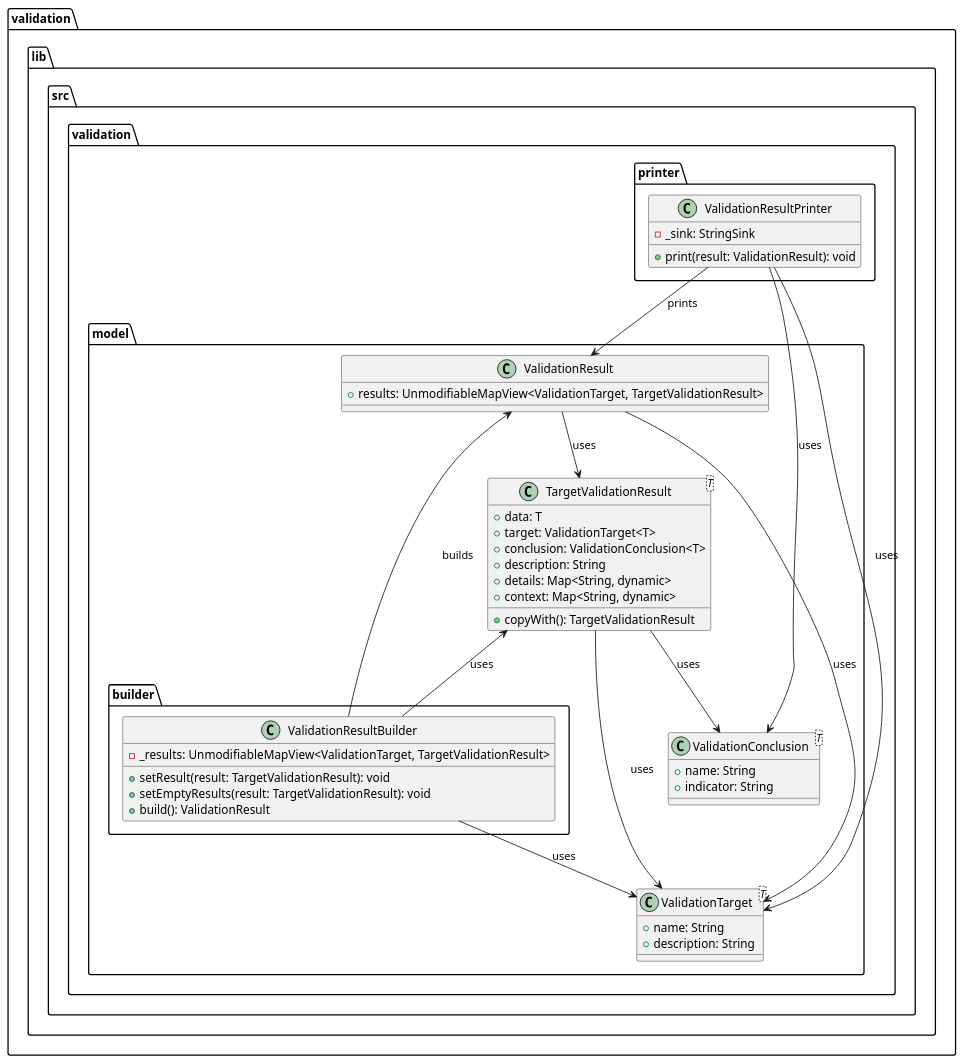
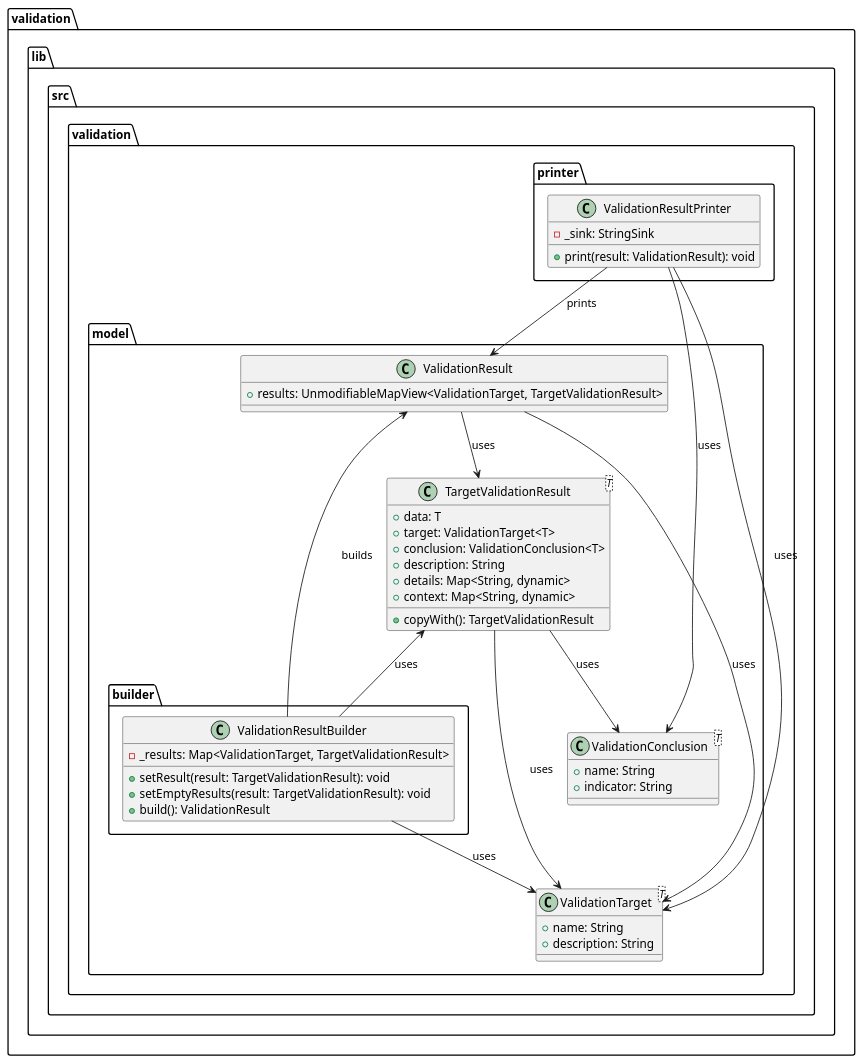
The diagram in metrics/cli/docs/features/doctor_output_improvements/diagrams/validation_class_diagram.puml (Flank/flank-dashboard), drawn with PlantUML before and after one commit. The commit also changed 2 other files, not shown here.

Commit message:
Fix validation result builder

```diff
--- a/metrics/cli/docs/features/doctor_output_improvements/diagrams/validation_class_diagram.puml
+++ b/metrics/cli/docs/features/doctor_output_improvements/diagrams/validation_class_diagram.puml
@@ -1,64 +1,64 @@
 @startuml validation_output_class_diagram
 
 package validation.lib.src.validation {
     package model {
         package builder {
             class ValidationResultBuilder {
-                - _results: UnmodifiableMapView<ValidationTarget, TargetValidationResult>
+                - _results: Map<ValidationTarget, TargetValidationResult>
 
                 + setResult(result: TargetValidationResult): void
                 + setEmptyResults(result: TargetValidationResult): void
                 + build(): ValidationResult
             }
         }
 
         class ValidationTarget<T> {
             + name: String
             + description: String
         }
 
         class ValidationConclusion<T> {
             + name: String
             + indicator: String
         }
 
         class TargetValidationResult<T> {
             + data: T
             + target: ValidationTarget<T>
             + conclusion: ValidationConclusion<T>
             + description: String
             + details: Map<String, dynamic>
             + context: Map<String, dynamic>
 
             + copyWith(): TargetValidationResult
         }
 
         class ValidationResult{
             + results: UnmodifiableMapView<ValidationTarget, TargetValidationResult>
         }
     }
 
     package printer {
         class ValidationResultPrinter{
             - _sink: StringSink
 
             + print(result: ValidationResult): void
         }
     }
 }
 
 TargetValidationResult --> ValidationTarget : uses
 TargetValidationResult --> ValidationConclusion : uses
 
 ValidationResult --> TargetValidationResult : uses
 ValidationResult --> ValidationTarget : uses
 
 ValidationResultBuilder -up-> ValidationResult : builds
 ValidationResultBuilder --> ValidationTarget : uses
 ValidationResultBuilder -up-> TargetValidationResult : uses
 
 ValidationResultPrinter --> ValidationConclusion : uses
 ValidationResultPrinter --> ValidationTarget : uses
 ValidationResultPrinter --> ValidationResult : prints
 
 @enduml
```
